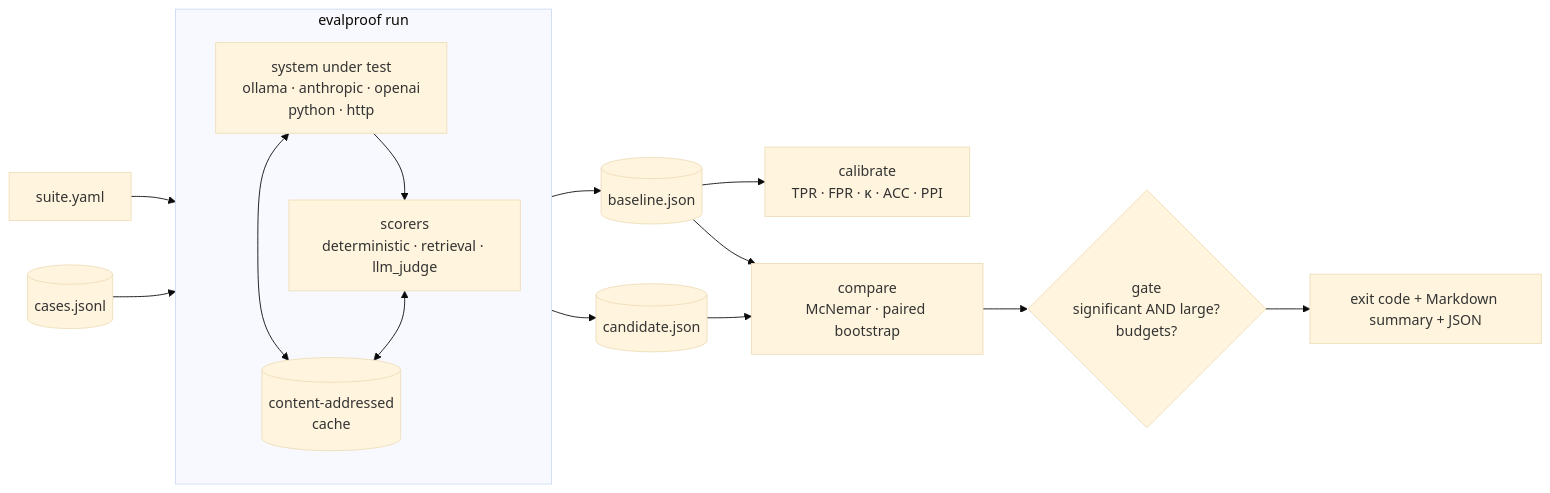
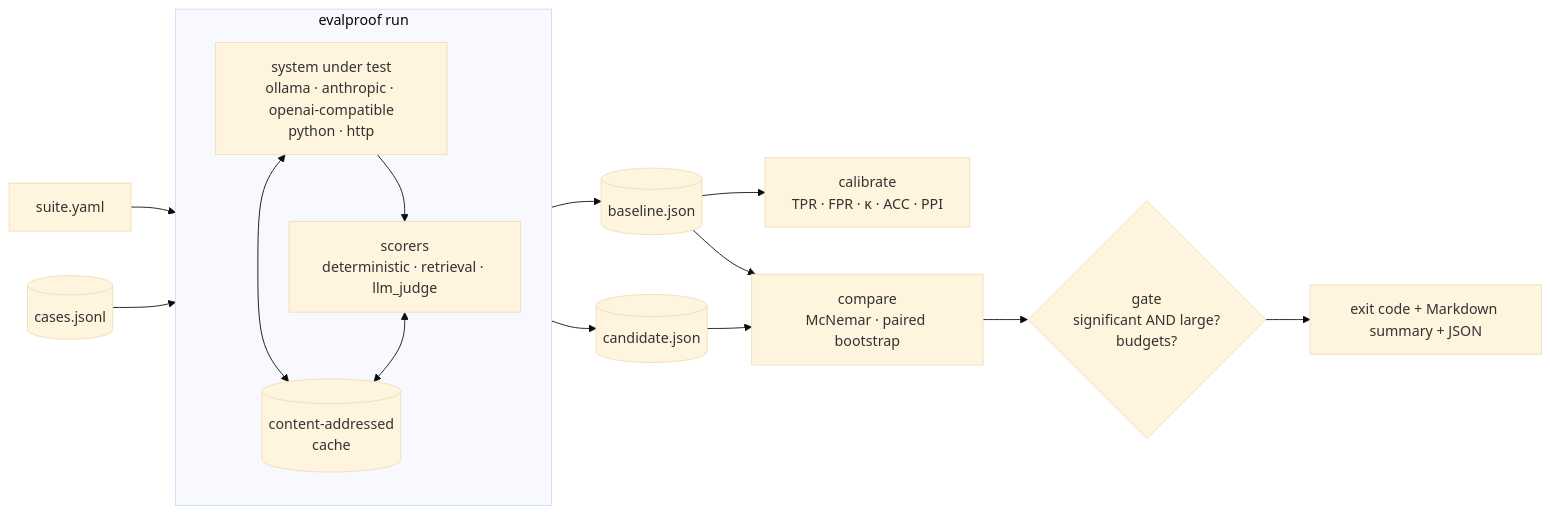
One commit to technobasant/evalproof changed the diagram in README.md. Above: the diagram before and after it, drawn with Mermaid (base theme). The commit also changed other lines of this file and 13 other files, not shown here.

````diff
--- a/README.md
+++ b/README.md
@@ -171,19 +229,19 @@
 ```mermaid
 flowchart LR
   suite[suite.yaml] --> runner
   data[(cases.jsonl)] --> runner
   subgraph runner[evalproof run]
-    sys[system under test<br/>ollama · anthropic · openai<br/>python · http] --> scorers
+    sys[system under test<br/>ollama · anthropic · openai-compatible<br/>python · http] --> scorers
     scorers[scorers<br/>deterministic · retrieval · llm_judge]
     cache[(content-addressed<br/>cache)]
     sys <--> cache
     scorers <--> cache
   end
   runner --> run1[(baseline.json)]
   runner --> run2[(candidate.json)]
   run1 --> cal[calibrate<br/>TPR · FPR · κ · ACC · PPI]
   run1 --> cmp[compare<br/>McNemar · paired bootstrap]
   run2 --> cmp
   cmp --> gate{gate<br/>significant AND large?<br/>budgets?}
   gate --> out[exit code + Markdown summary + JSON]
 ```
````
